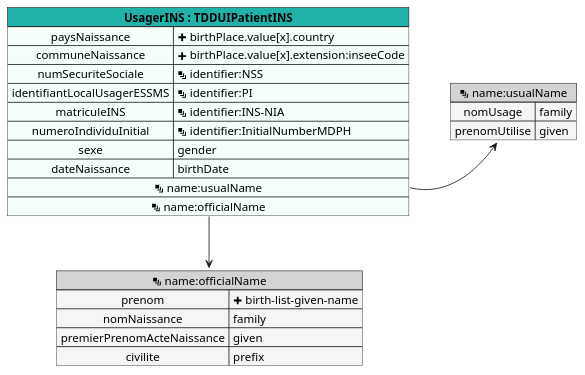
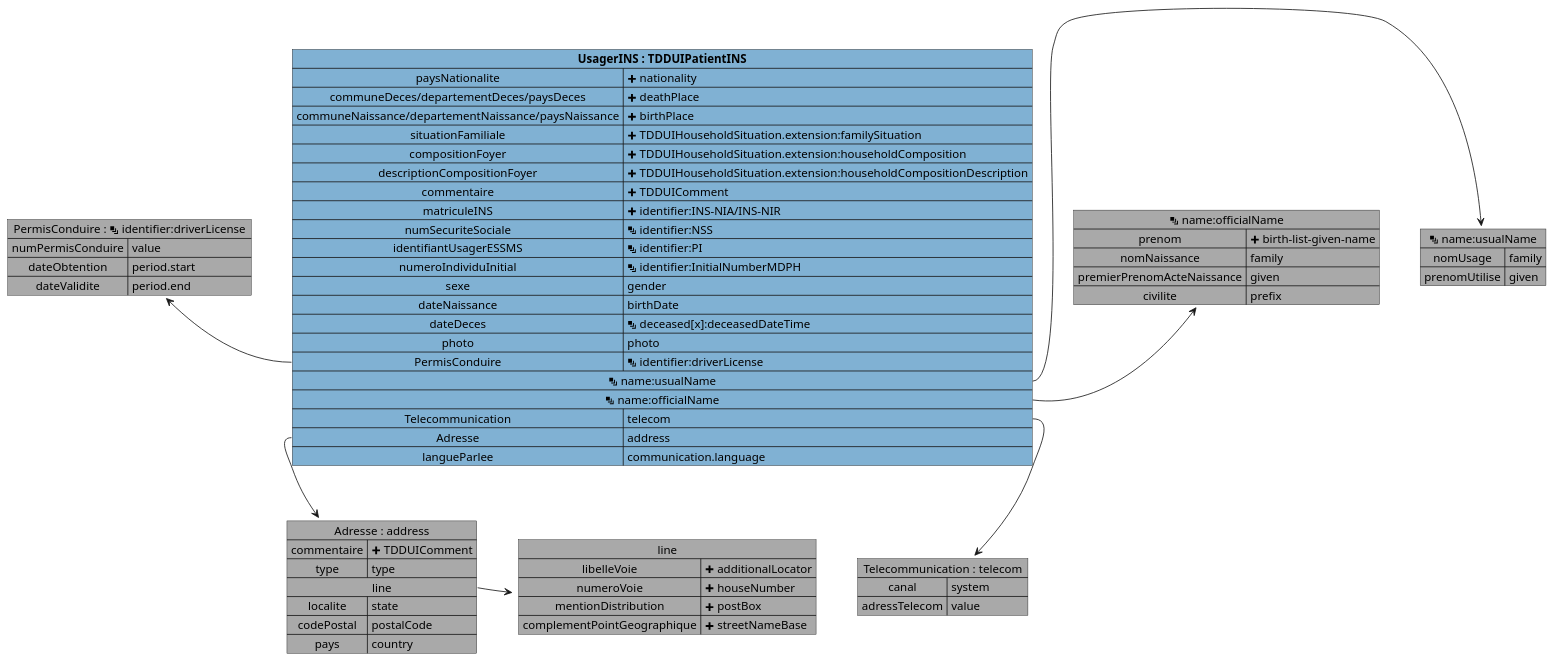
One commit to ansforge/IG-fhir-medicosocial-transfert-donnees-dui changed the diagram in input/images-source/mapping_TDDUIPatientINS.plantuml. Above: the diagram before and after it, drawn with PlantUML. The commit also changed 11 other files, not shown here.

```diff
--- a/input/images-source/mapping_TDDUIPatientINS.plantuml
+++ b/input/images-source/mapping_TDDUIPatientINS.plantuml
@@ -1,30 +1,72 @@
 @startuml
 
-map "<&layers> name:usualName" as nameusualName #back:WhiteSmoke;header:LightGray {
+
+
+map "PermisConduire : <&layers> identifier:driverLicense" as PermisConduire #DarkGray {
+    numPermisConduire => value
+    dateObtention => period.start
+    dateValidite => period.end
+}
+
+map "line" as line #DarkGray {
+    libelleVoie => <&plus> additionalLocator
+    numeroVoie => <&plus> houseNumber
+    mentionDistribution => <&plus> postBox
+    complementPointGeographique => <&plus> streetNameBase
+}
+
+map "<&layers> name:usualName" as nameusualName #DarkGray {
     nomUsage => family
     prenomUtilise => given
 }
 
-map "<&layers> name:officialName" as nameofficialName #back:WhiteSmoke;header:LightGray {
+map "<&layers> name:officialName" as nameofficialName #DarkGray {
     prenom => <&plus> birth-list-given-name
     nomNaissance => family
     premierPrenomActeNaissance => given
     civilite => prefix
 }
 
-map "**UsagerINS : TDDUIPatientINS**" as UsagerINS #back:MintCream;header:LightSeaGreen {
-    paysNaissance => <&plus> birthPlace.value[x].country
-    communeNaissance => <&plus> birthPlace.value[x].extension:inseeCode
+map "Telecommunication : telecom" as Telecommunication #DarkGray {
+    canal => system
+    adressTelecom => value
+}
+
+map "Adresse : address" as Adresse #DarkGray {
+    commentaire => <&plus> TDDUIComment
+    type => type
+    line *-> line
+    localite => state
+    codePostal => postalCode
+    pays => country
+}
+
+map "**UsagerINS : TDDUIPatientINS**" as Usager #80b1d3 {
+    paysNationalite => <&plus> nationality
+    communeDeces/departementDeces/paysDeces => <&plus> deathPlace
+    communeNaissance/departementNaissance/paysNaissance => <&plus> birthPlace
+    situationFamiliale => <&plus> TDDUIHouseholdSituation.extension:familySituation
+    compositionFoyer => <&plus> TDDUIHouseholdSituation.extension:householdComposition
+    descriptionCompositionFoyer => <&plus> TDDUIHouseholdSituation.extension:householdCompositionDescription
+    commentaire => <&plus> TDDUIComment
+    matriculeINS => <&plus> identifier:INS-NIA/INS-NIR
     numSecuriteSociale => <&layers> identifier:NSS
-    identifiantLocalUsagerESSMS => <&layers> identifier:PI
-    matriculeINS => <&layers> identifier:INS-NIR
-    matriculeINS => <&layers> identifier:INS-NIA
+    identifiantUsagerESSMS => <&layers> identifier:PI
     numeroIndividuInitial => <&layers> identifier:InitialNumberMDPH
     sexe => gender
     dateNaissance => birthDate
+    dateDeces => <&layers> deceased[x]:deceasedDateTime
+    photo => photo
+    PermisConduire => <&layers> identifier:driverLicense
     <&layers> name:usualName *-> nameusualName
-    <&layers> name:officialName *--> nameofficialName
+    <&layers> name:officialName *-> nameofficialName
+    Telecommunication => telecom
+    Adresse => address
+    langueParlee => communication.language
 }
 
+Usager::PermisConduire -l-> PermisConduire
+Usager::Telecommunication -d-> Telecommunication
+Usager::Adresse -d-> Adresse
 
 @enduml
```
